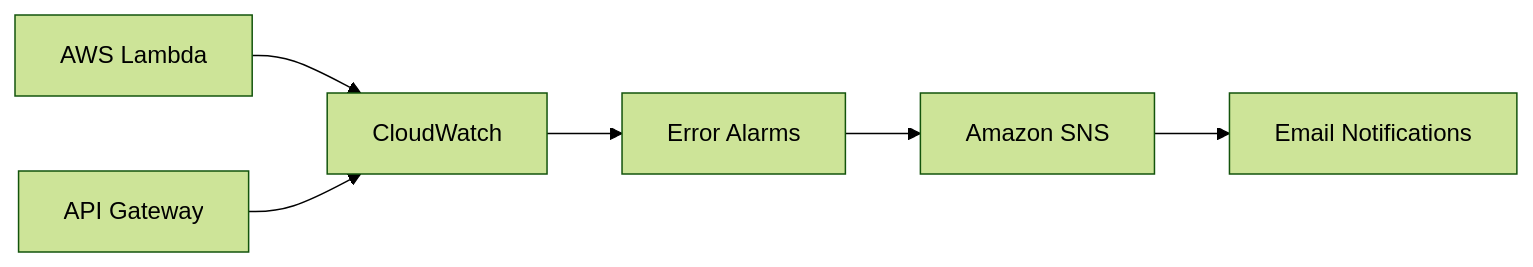
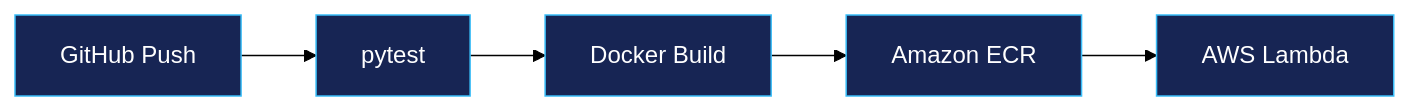
The third of 3 diagrams in README.md (GopikrishnaAshok/enterprise-agentic-ai-platform), drawn with Mermaid (forest theme) before and after one commit. The commit also changed other lines of this file, not shown here.

````diff
--- a/README.md
+++ b/README.md
@@ -263,8 +253,10 @@
 ```mermaid
 flowchart LR
-    L["AWS Lambda"] --> C["CloudWatch"]
-    A["API Gateway"] --> C
-    C --> E["Error Alarms"]
-    E --> S["Amazon SNS"]
-    S --> M["Email Notifications"]
+    A["GitHub Push"] --> B["pytest"]
+    B --> C["Docker Build"]
+    C --> D["Amazon ECR"]
+    D --> E["AWS Lambda"]
+
+    classDef pipeline fill:#172554,stroke:#38bdf8,color:#ffffff
+    class A,B,C,D,E pipeline
 ```
````
